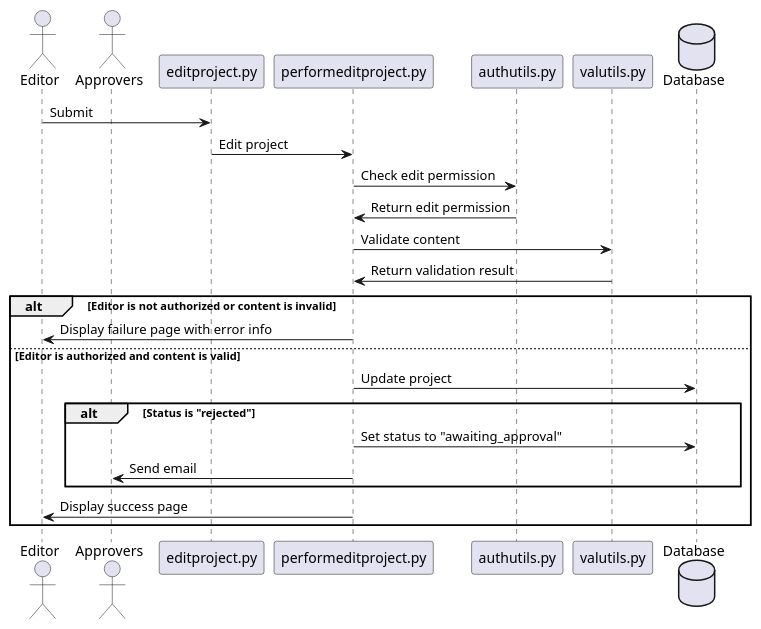
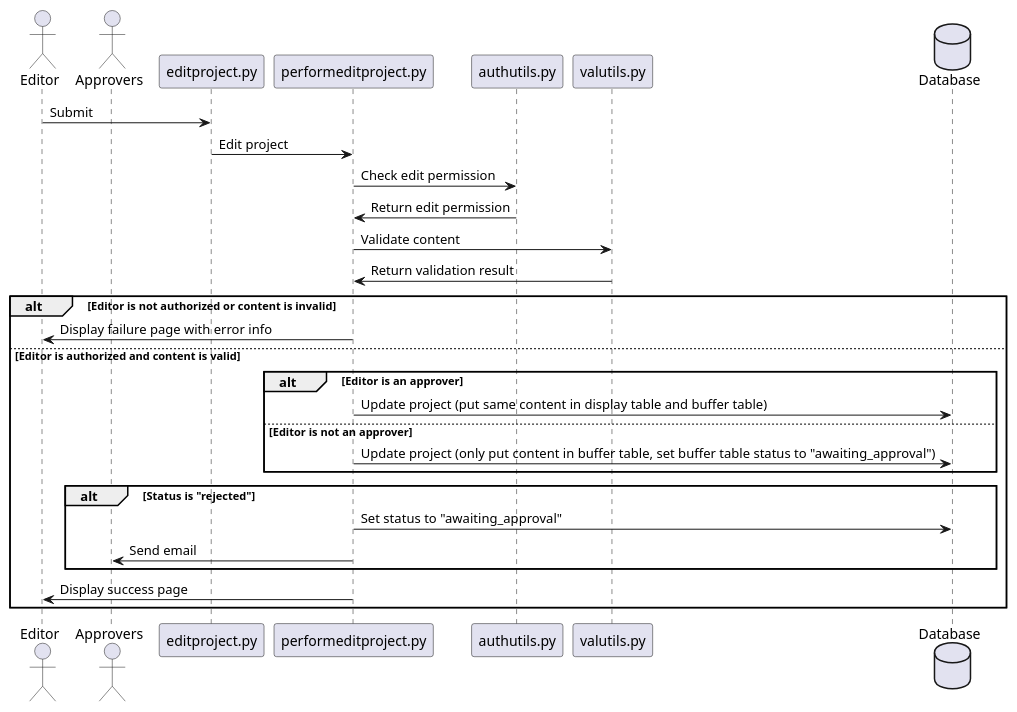
The diagram in documentation/editproject.puml (sipb/project-database), drawn with PlantUML before and after one commit. The commit also changed 2 other files, not shown here.

Commit message:
Draft of timing diagrams using display table.

```diff
--- a/documentation/editproject.puml
+++ b/documentation/editproject.puml
@@ -1,36 +1,44 @@
 @startuml
 actor Editor
 actor Approvers
 participant editproject.py
 participant performeditproject.py
 participant authutils.py
 participant valutils.py
 database Database
 
 Editor -> editproject.py : Submit
 editproject.py -> performeditproject.py : Edit project
 performeditproject.py -> authutils.py : Check edit permission
 authutils.py -> performeditproject.py : Return edit permission
 performeditproject.py -> valutils.py : Validate content
 valutils.py -> performeditproject.py : Return validation result
 
 alt Editor is not authorized or content is invalid
 
     performeditproject.py -> Editor : Display failure page with error info
 
 else Editor is authorized and content is valid
 
-    performeditproject.py -> Database : Update project
+    alt Editor is an approver
+
+        performeditproject.py -> Database : Update project (put same content in display table and buffer table)
+
+    else Editor is not an approver
+
+        performeditproject.py -> Database : Update project (only put content in buffer table, set buffer table status to "awaiting_approval")
+
+    end
 
     alt Status is "rejected"
         
         performeditproject.py -> Database : Set status to "awaiting_approval"
         performeditproject.py -> Approvers : Send email
 
     end
 
     performeditproject.py -> Editor : Display success page
 
 end
 
 @enduml
```
